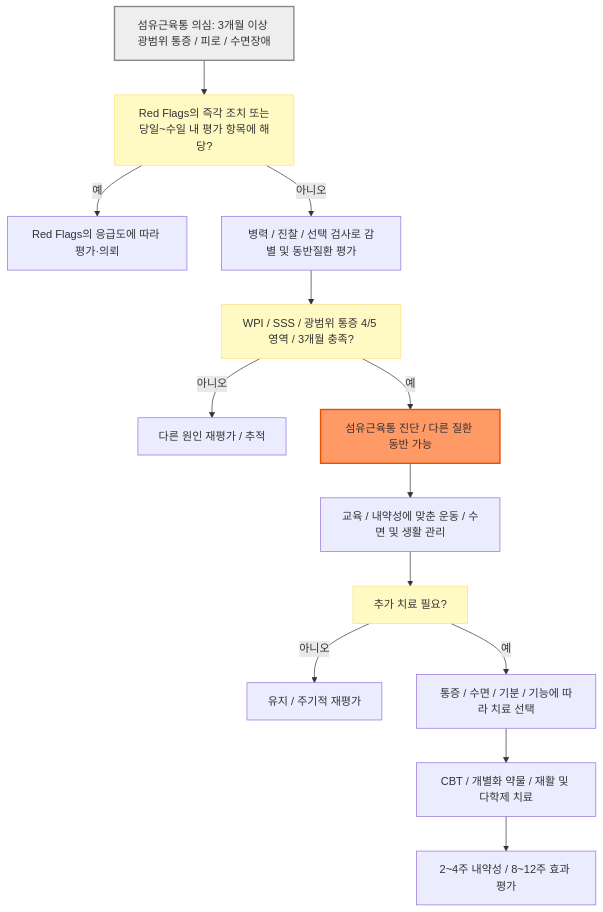
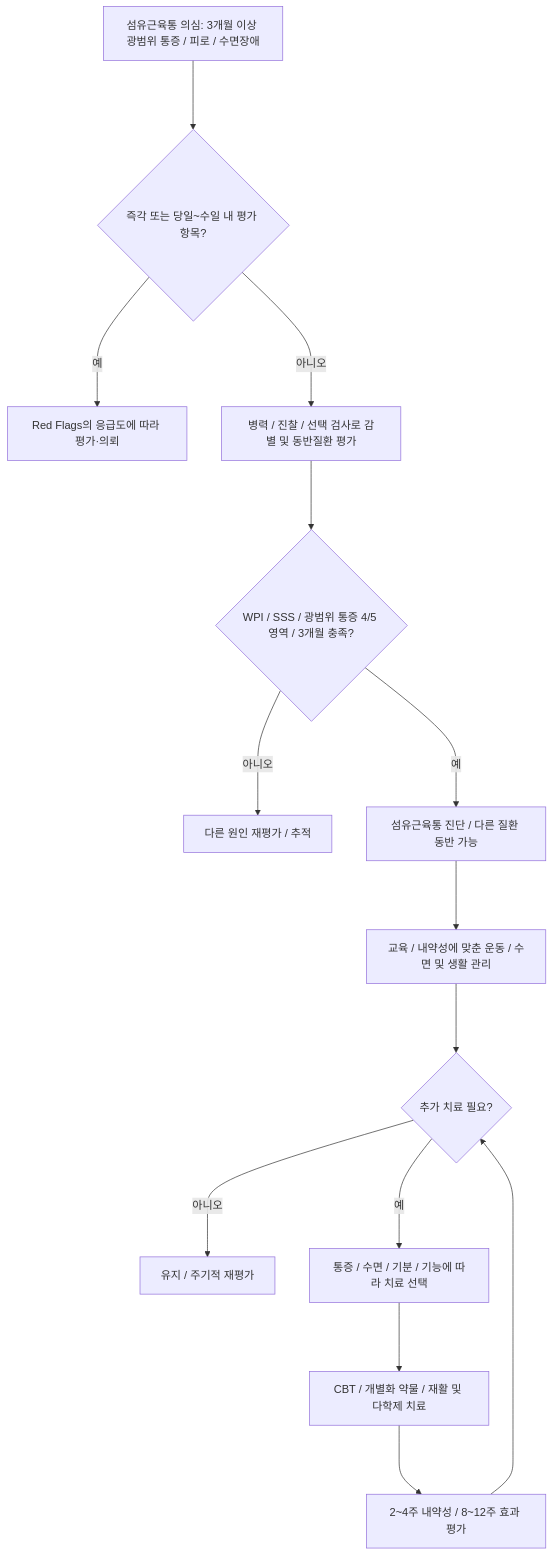
Before and after one commit to familyoh77/familyoh77: the diagram in 228_/153_-fibromyalgia.md, drawn with Mermaid. The commit also changed other lines of this file and 9 other files, not shown here.

````diff
--- a/228_/153_-fibromyalgia.md
+++ b/228_/153_-fibromyalgia.md
@@ -195,20 +195,16 @@
 ```mermaid
 flowchart TD
-    A["섬유근육통 의심: 3개월 이상 광범위 통증 / 피로 / 수면장애"] --> B["Red Flags의 즉각 조치 또는<br>당일~수일 내 평가 항목에 해당?"]
-    B -- "예" --> C["Red Flags의 응급도에 따라 평가·의뢰"]
-    B -- "아니오" --> D["병력 / 진찰 / 선택 검사로 감별 및 동반질환 평가"]
-    D --> E["WPI / SSS / 광범위 통증 4/5 영역 / 3개월 충족?"]
-    E -- "아니오" --> F["다른 원인 재평가 / 추적"]
-    E -- "예" --> G["섬유근육통 진단 / 다른 질환 동반 가능"]
-    G --> H["교육 / 내약성에 맞춘 운동 / 수면 및 생활 관리"]
-    H --> I["추가 치료 필요?"]
-    I -- "아니오" --> J["유지 / 주기적 재평가"]
-    I -- "예" --> K["통증 / 수면 / 기분 / 기능에 따라 치료 선택"]
-    K --> L["CBT / 개별화 약물 / 재활 및 다학제 치료"]
-    L --> M["2~4주 내약성 / 8~12주 효과 평가"]
-
-    classDef question fill:#fff9c4,stroke:#ffe082
-    class B,E,I question
-    style A fill:#eeeeee,stroke:#888888,stroke-width:2px
-    style G fill:#f96,stroke:#e65100,stroke-width:2px
+    A["섬유근육통 의심: 3개월 이상 광범위 통증 / 피로 / 수면장애"] ---> B{"즉각 또는 당일~수일 내 평가 항목?"}
+    B --->|"예"| C["Red Flags의 응급도에 따라 평가·의뢰"]
+    B --->|"아니오"| D["병력 / 진찰 / 선택 검사로 감별 및 동반질환 평가"]
+    D ---> E{"WPI / SSS / 광범위 통증 4/5 영역 / 3개월 충족?"}
+    E --->|"아니오"| F["다른 원인 재평가 / 추적"]
+    E --->|"예"| G["섬유근육통 진단 / 다른 질환 동반 가능"]
+    G ---> H["교육 / 내약성에 맞춘 운동 / 수면 및 생활 관리"]
+    H ---> I{"추가 치료 필요?"}
+    I --->|"아니오"| J["유지 / 주기적 재평가"]
+    I --->|"예"| K["통증 / 수면 / 기분 / 기능에 따라 치료 선택"]
+    K ---> L["CBT / 개별화 약물 / 재활 및 다학제 치료"]
+    L ---> M["2~4주 내약성 / 8~12주 효과 평가"]
+    M ---> I
 ```
````
